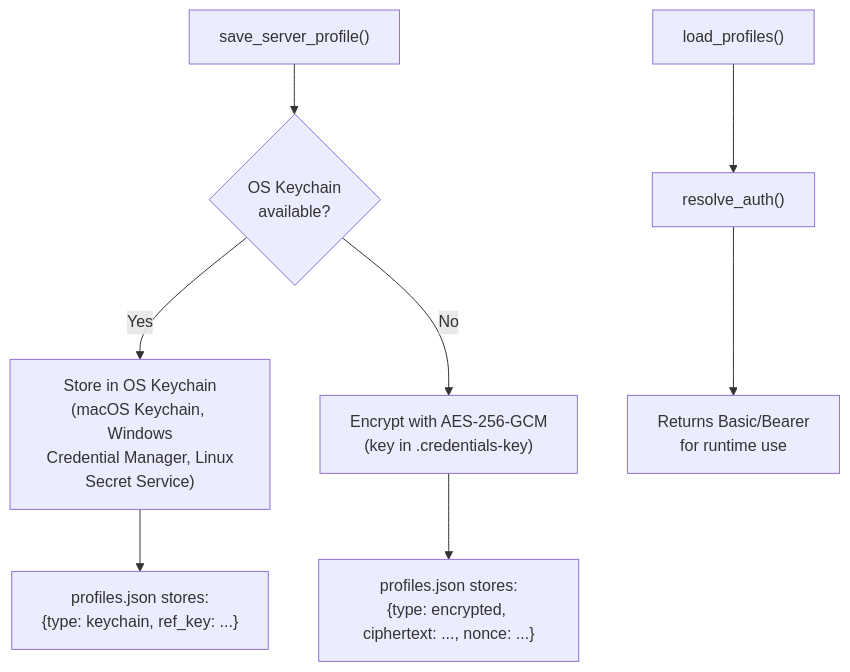
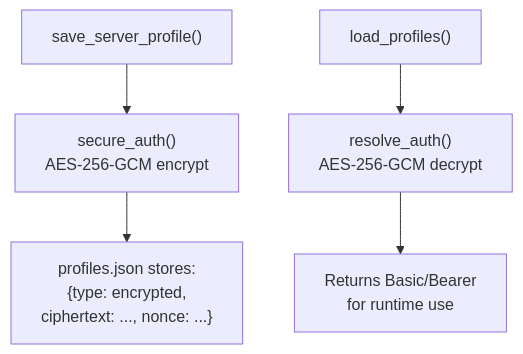
One commit to platzhersh/openehr-explorer changed the sixth of 7 diagrams in docs/ARCHITECTURE.md. Above: the diagram before and after it, drawn with Mermaid. The commit also changed other lines of this file and 4 other files, not shown here.

First line of the commit message:
Simplify credential encryption to AES-256-GCM only, remove keychain

````diff
--- a/docs/ARCHITECTURE.md
+++ b/docs/ARCHITECTURE.md
@@ -238,11 +238,8 @@
 ```mermaid
 graph TD
-    Save["save_server_profile()"] --> Check{"OS Keychain<br/>available?"}
-    Check -->|"Yes"| KC["Store in OS Keychain<br/>(macOS Keychain, Windows<br/>Credential Manager, Linux<br/>Secret Service)"]
-    Check -->|"No"| AES["Encrypt with AES-256-GCM<br/>(key in .credentials-key)"]
-    KC --> JSON1["profiles.json stores:<br/>{type: keychain, ref_key: ...}"]
-    AES --> JSON2["profiles.json stores:<br/>{type: encrypted, ciphertext: ..., nonce: ...}"]
+    Save["save_server_profile()"] --> Encrypt["secure_auth()<br/>AES-256-GCM encrypt"]
+    Encrypt --> JSON["profiles.json stores:<br/>{type: encrypted,<br/>ciphertext: ..., nonce: ...}"]
 
-    Load["load_profiles()"] --> Resolve["resolve_auth()"]
-    Resolve --> Plain["Returns Basic/Bearer<br/>for runtime use"]
+    Load["load_profiles()"] --> Decrypt["resolve_auth()<br/>AES-256-GCM decrypt"]
+    Decrypt --> Plain["Returns Basic/Bearer<br/>for runtime use"]
 ```
````
